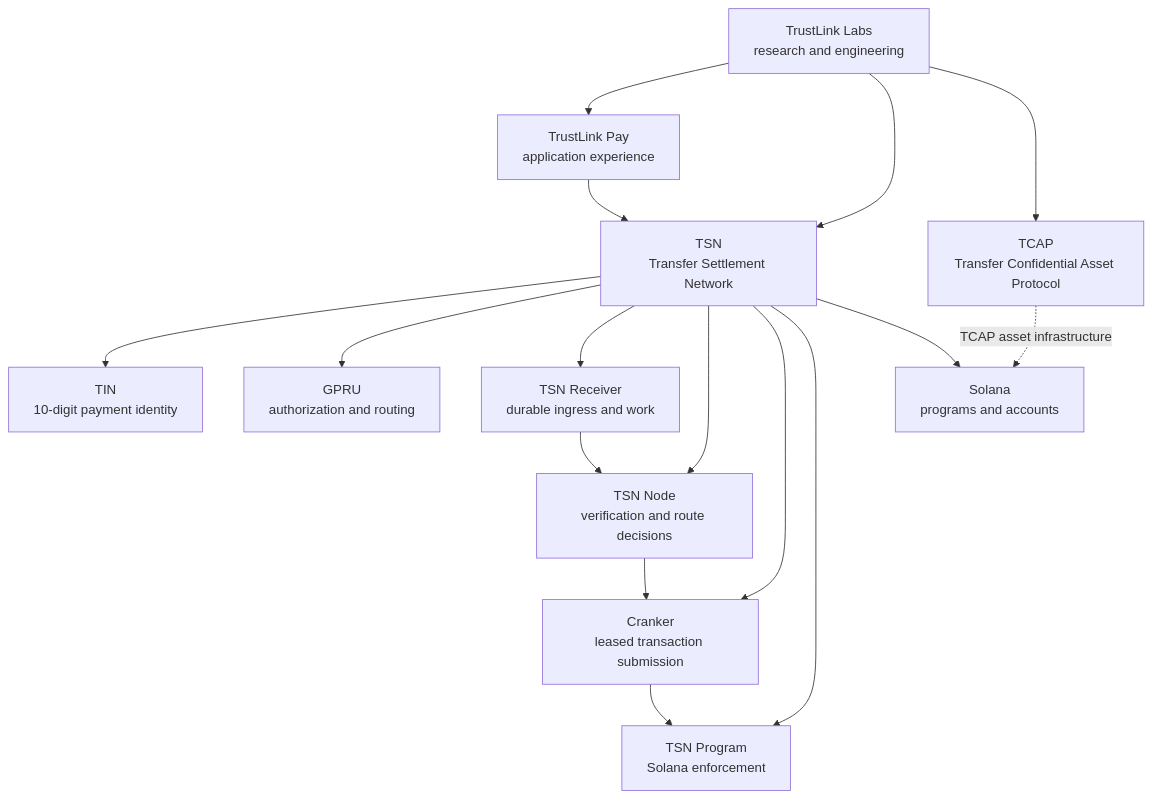
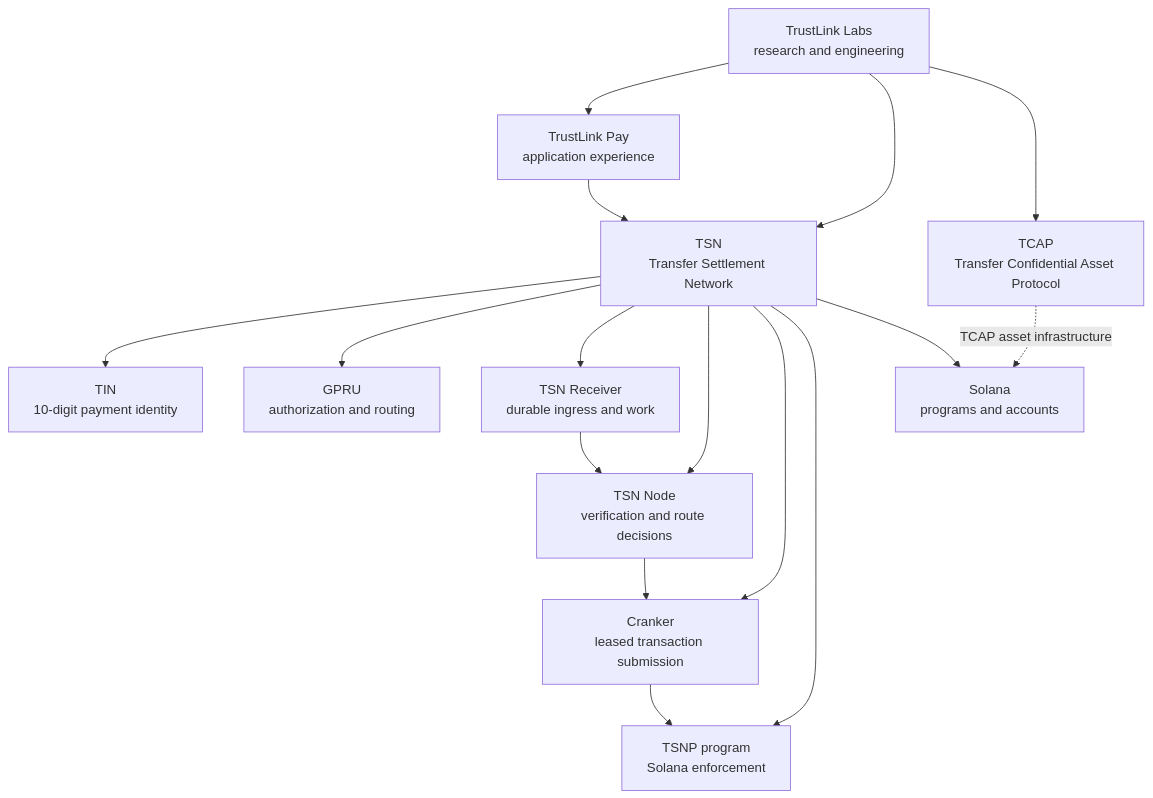
One commit to bigdreamsweb3/trustlink-pay changed the first of 2 diagrams in docs/TRUSTLINK-LABS-ORG-PROFILE.md. Above: the diagram before and after it, drawn with Mermaid. The commit also changed other lines of this file and 88 other files, not shown here.

````diff
--- a/docs/TRUSTLINK-LABS-ORG-PROFILE.md
+++ b/docs/TRUSTLINK-LABS-ORG-PROFILE.md
@@ -25,27 +25,27 @@
 ```mermaid
 flowchart TD
   LAB[TrustLink Labs<br/>research and engineering]
   PAY[TrustLink Pay<br/>application experience]
   TSN[TSN<br/>Transfer Settlement Network]
   TIN[TIN<br/>10-digit payment identity]
   G[GPRU<br/>authorization and routing]
   R[TSN Receiver<br/>durable ingress and work]
   N[TSN Node<br/>verification and route decisions]
   C[Cranker<br/>leased transaction submission]
-  P[TSN Program<br/>Solana enforcement]
+  P[TSNP program<br/>Solana enforcement]
   TCAP[TCAP<br/>Transfer Confidential Asset Protocol]
   SOL[Solana<br/>programs and accounts]
   LAB --> PAY
   LAB --> TSN
   LAB --> TCAP
   PAY --> TSN
   TSN --> TIN
   TSN --> G
   TSN --> R
   TSN --> N
   TSN --> C
   TSN --> P
   R --> N --> C --> P
   TCAP -. TCAP asset infrastructure .-> SOL
   TSN --> SOL
 ```
````
